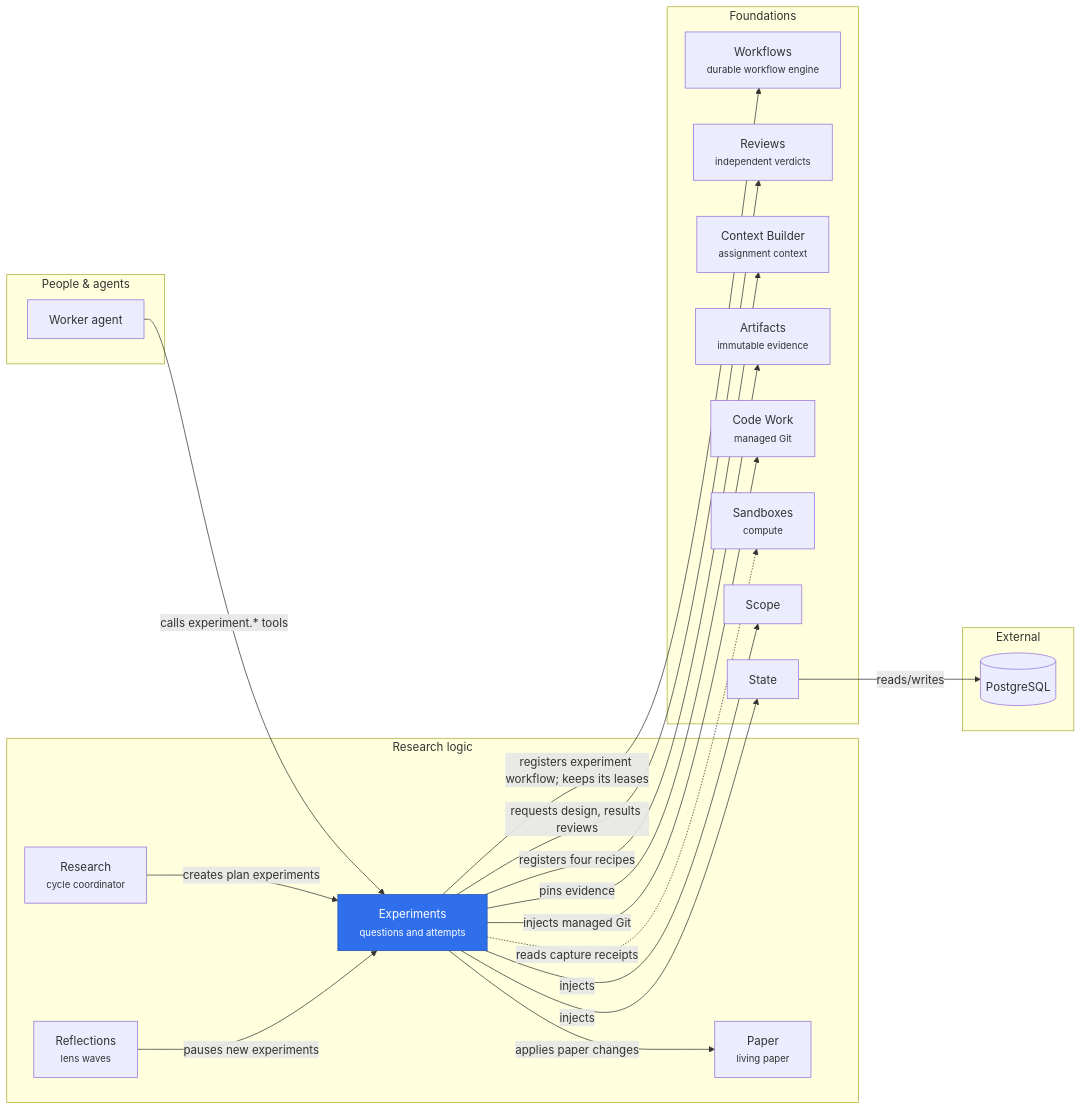
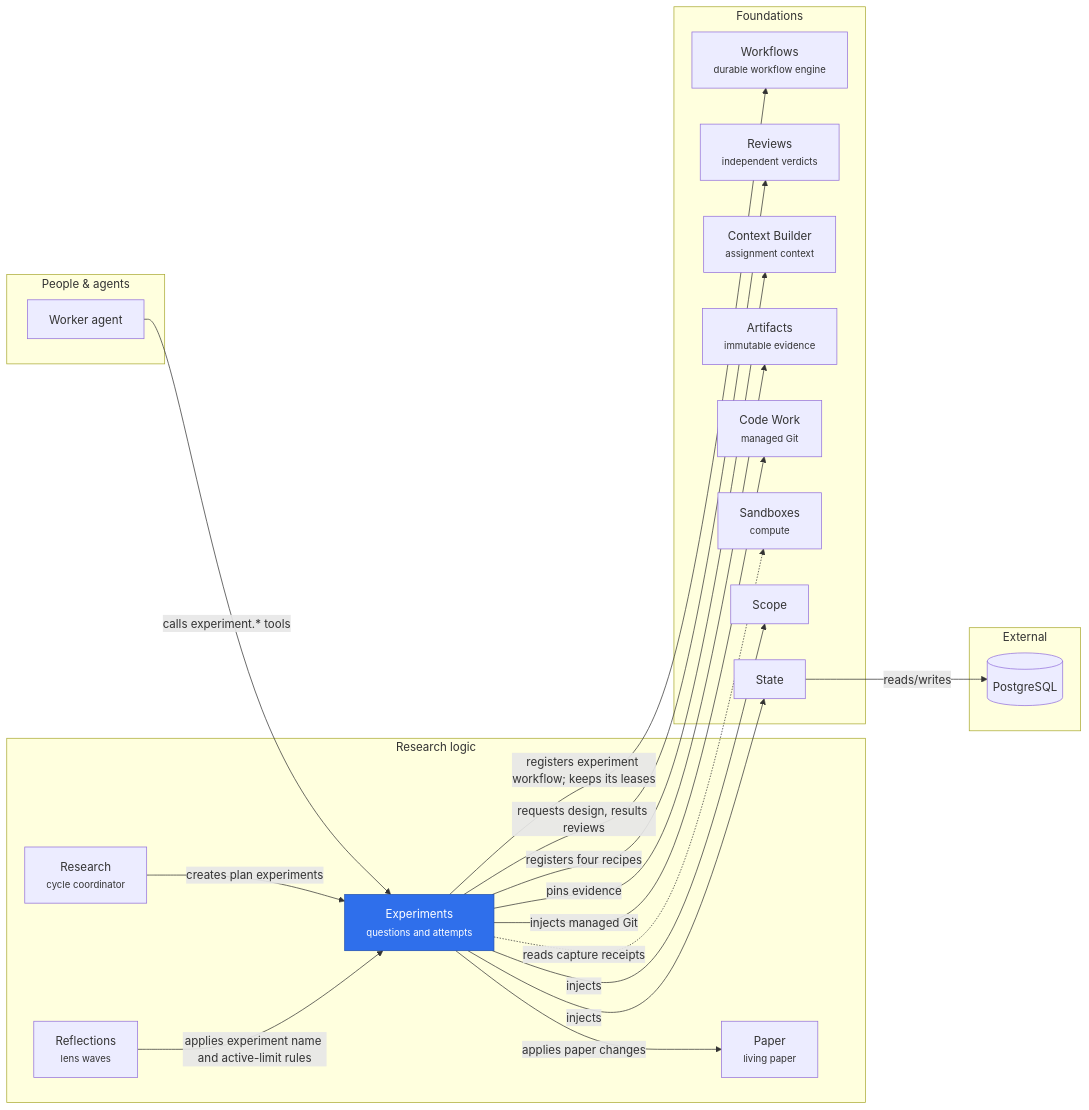
The diagram in merv-typescript/packages/experiments/README.md (rapidreview-io/Merv), drawn with Mermaid before and after one commit. The commit also changed other lines of this file and 11 other files, not shown here.

First line of the commit message:
Round 8 experiments, tasks, reviews: only an experiment's review lease holder claims its review; docs match

````diff
--- a/merv-typescript/packages/experiments/README.md
+++ b/merv-typescript/packages/experiments/README.md
@@ -8,40 +8,40 @@
 ```mermaid
 flowchart LR
   subgraph people["People & agents"]
     worker["Worker agent"]
   end
   subgraph logic["Research logic"]
     experiments["Experiments<br/><small>questions and attempts</small>"]
     research["Research<br/><small>cycle coordinator</small>"]
     reflections["Reflections<br/><small>lens waves</small>"]
     paper["Paper<br/><small>living paper</small>"]
   end
   subgraph foundations["Foundations"]
     workflows["Workflows<br/><small>durable workflow engine</small>"]
     reviews["Reviews<br/><small>independent verdicts</small>"]
     contextBuilder["Context Builder<br/><small>assignment context</small>"]
     artifacts["Artifacts<br/><small>immutable evidence</small>"]
     codeWork["Code Work<br/><small>managed Git</small>"]
     sandboxes["Sandboxes<br/><small>compute</small>"]
     scope["Scope"]
     state["State"]
   end
   subgraph external["External"]
     postgres[("PostgreSQL")]
   end
   worker -- "calls experiment.* tools" --> experiments
   research -- "creates plan experiments" --> experiments
-  reflections -- "pauses new experiments" --> experiments
+  reflections -- "applies experiment name and active-limit rules" --> experiments
   experiments -- "registers experiment workflow; keeps its leases" --> workflows
   experiments -- "requests design, results reviews" --> reviews
   experiments -- "registers four recipes" --> contextBuilder
   experiments -- "applies paper changes" --> paper
   experiments -- "pins evidence" --> artifacts
   experiments -- "injects managed Git" --> codeWork
   experiments -. "reads capture receipts" .-> sandboxes
   experiments -- "injects" --> scope
   experiments -- "injects" --> state
   state -- "reads/writes" --> postgres
   class experiments self
   classDef self fill:#2f6feb,color:#fff,stroke:#1f4fb0
 ```
````
